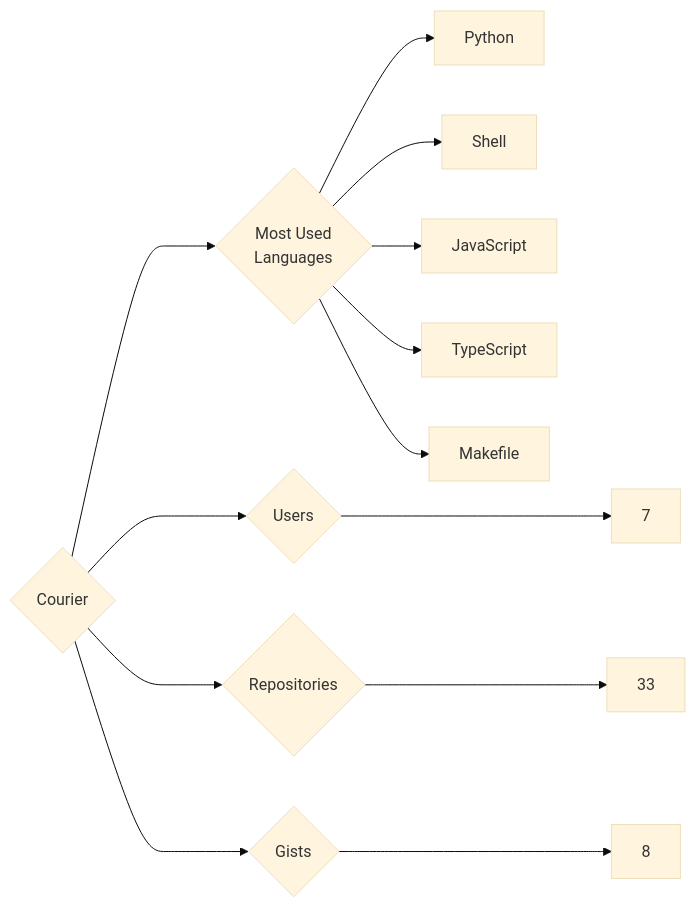
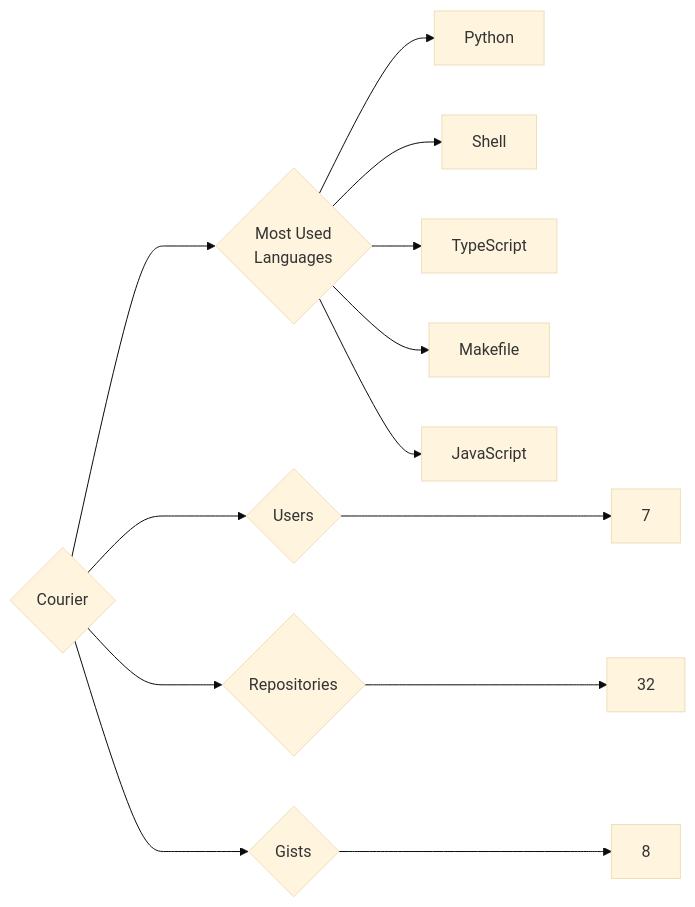
Before and after one commit to trickest/insiders: the diagram in targets/Courier/README.md, drawn with Mermaid (base theme). The commit also changed 1055 other files, not shown here.

````diff
--- a/targets/Courier/README.md
+++ b/targets/Courier/README.md
@@ -3,13 +3,13 @@
 ```mermaid
 graph LR
 COMPANY_NAME{Courier}
 COMPANY_NAME ---> U{Users} ---> UN[7]
-COMPANY_NAME ---> R{Repositories} ---> RN[33]
+COMPANY_NAME ---> R{Repositories} ---> RN[32]
 COMPANY_NAME ---> G{Gists} ---> GN[8]
 COMPANY_NAME ---> ML{Most Used<br>Languages}
 ML --> Python[Python]
 ML --> Shell[Shell]
-ML --> JavaScript[JavaScript]
 ML --> TypeScript[TypeScript]
 ML --> Makefile[Makefile]
+ML --> JavaScript[JavaScript]
 ```
````
